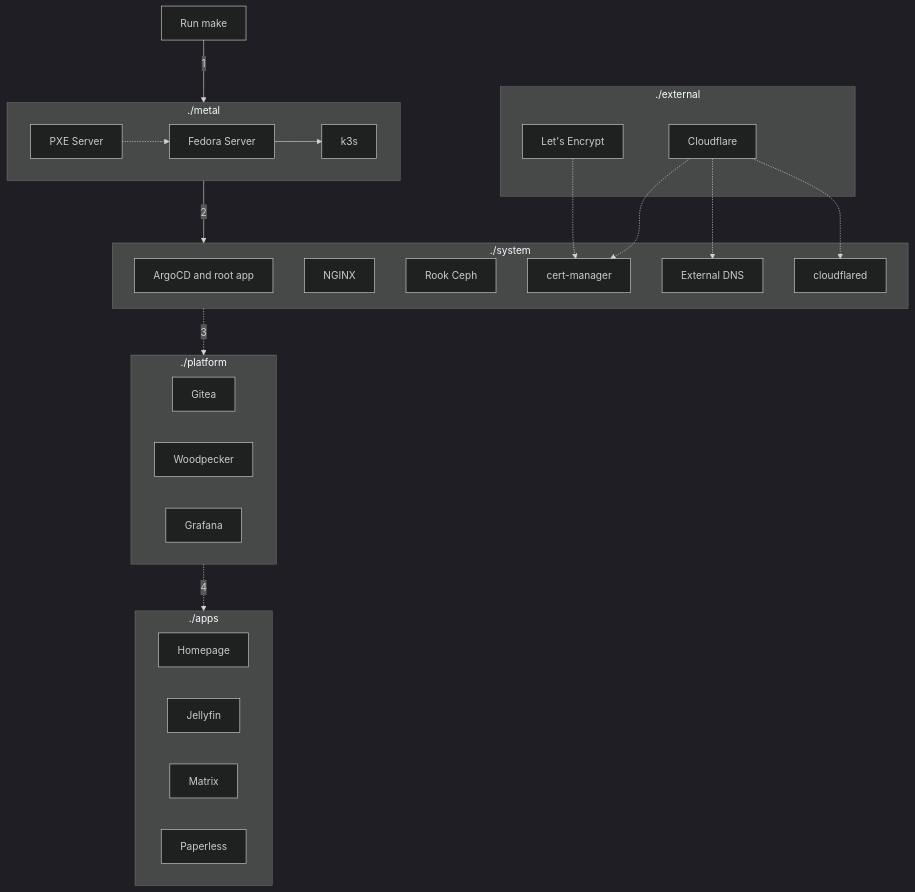
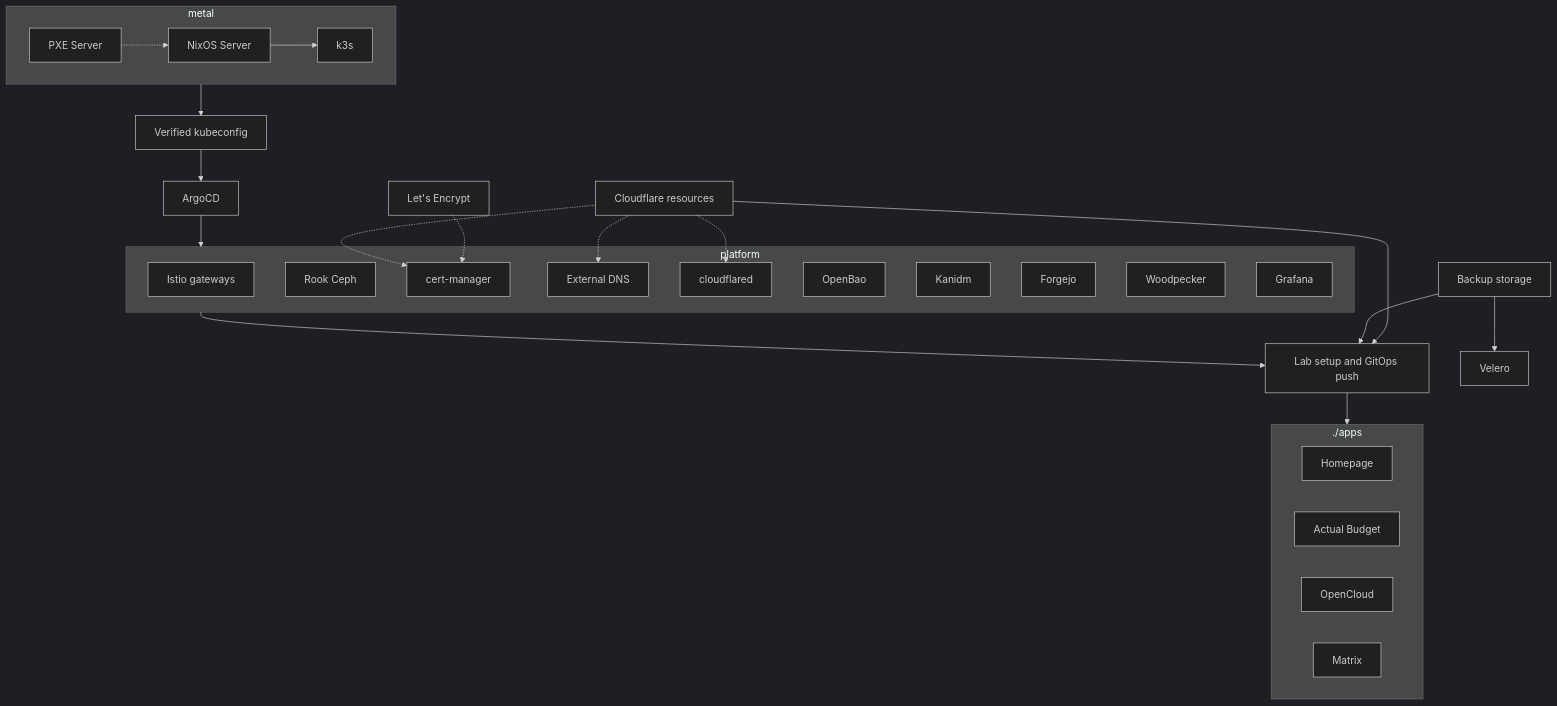
One commit to khuedoan/homelab changed the diagram in docs/reference/architecture/overview.md. Above: the diagram before and after it, drawn with Mermaid (dark theme). The commit also changed other lines of this file, not shown here.

Commit message:
docs: update architecture overview

````diff
--- a/docs/reference/architecture/overview.md
+++ b/docs/reference/architecture/overview.md
@@ -46,40 +30,39 @@
 ```mermaid
 flowchart TD
-  subgraph metal[./metal]
-    pxe[PXE Server] -.-> linux[Fedora Server] --> k3s
+  subgraph metal[metal]
+    pxe[PXE Server] -.-> linux[NixOS Server] --> k3s
   end
 
-  subgraph system[./system]
-    argocd[ArgoCD and root app]
-    nginx[NGINX]
+  metal --> cluster[Verified kubeconfig] --> argocd[ArgoCD] --> platform
+  cloudflare[Cloudflare resources]
+
+  subgraph platform[platform]
+    istio[Istio gateways]
     rook-ceph[Rook Ceph]
     cert-manager
     external-dns[External DNS]
     cloudflared
+    OpenBao
+    Kanidm
+    Forgejo
+    Woodpecker
+    Grafana
   end
 
-  subgraph external[./external]
-    letsencrypt[Let's Encrypt]
-    cloudflare[Cloudflare]
-  end
-
-  letsencrypt -.-> cert-manager
+  letsencrypt[Let's Encrypt] -.-> cert-manager
   cloudflare -.-> cert-manager
   cloudflare -.-> external-dns
   cloudflare -.-> cloudflared
 
-  subgraph platform[./platform]
-    Gitea
-    Woodpecker
-    Grafana
+  subgraph apps[./apps]
+    homepage[Homepage]
+    budget[Actual Budget]
+    drive[OpenCloud]
+    matrix[Matrix]
   end
 
-  subgraph apps[./apps]
-    homepage[Homepage]
-    jellyfin[Jellyfin]
-    matrix[Matrix]
-    paperless[Paperless]
-  end
-
-  make[Run make] -- 1 --> metal -- 2 --> system -. 3 .-> platform -. 4 .-> apps
+  platform --> sync[Lab setup and GitOps push] --> apps
+  cloudflare --> sync
+  backup[Backup storage] --> sync
+  backup --> velero[Velero]
 ```
````
